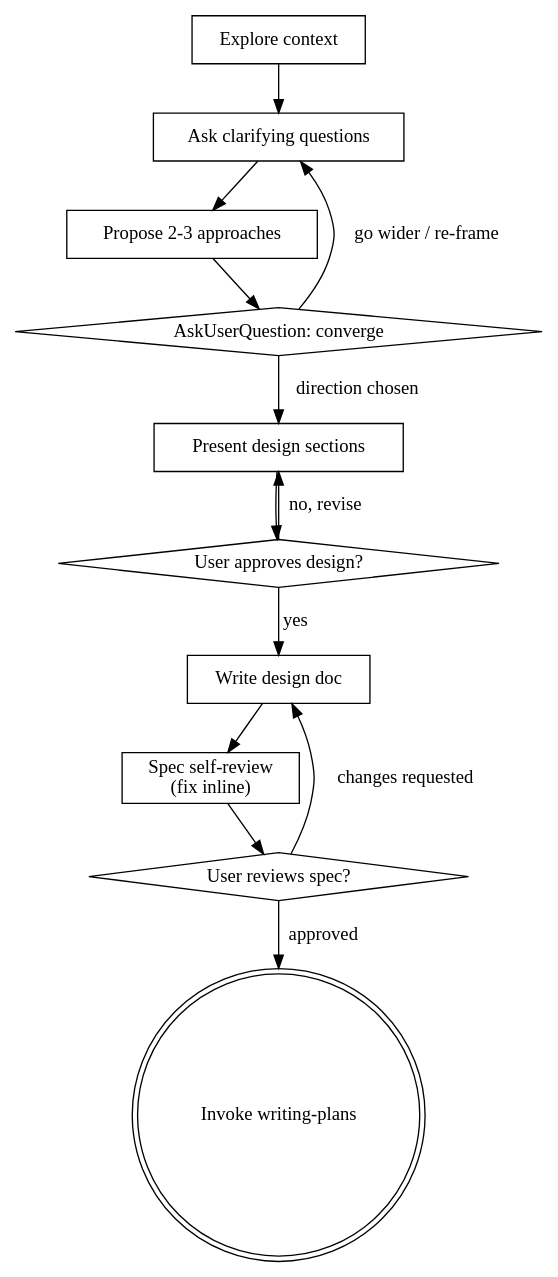
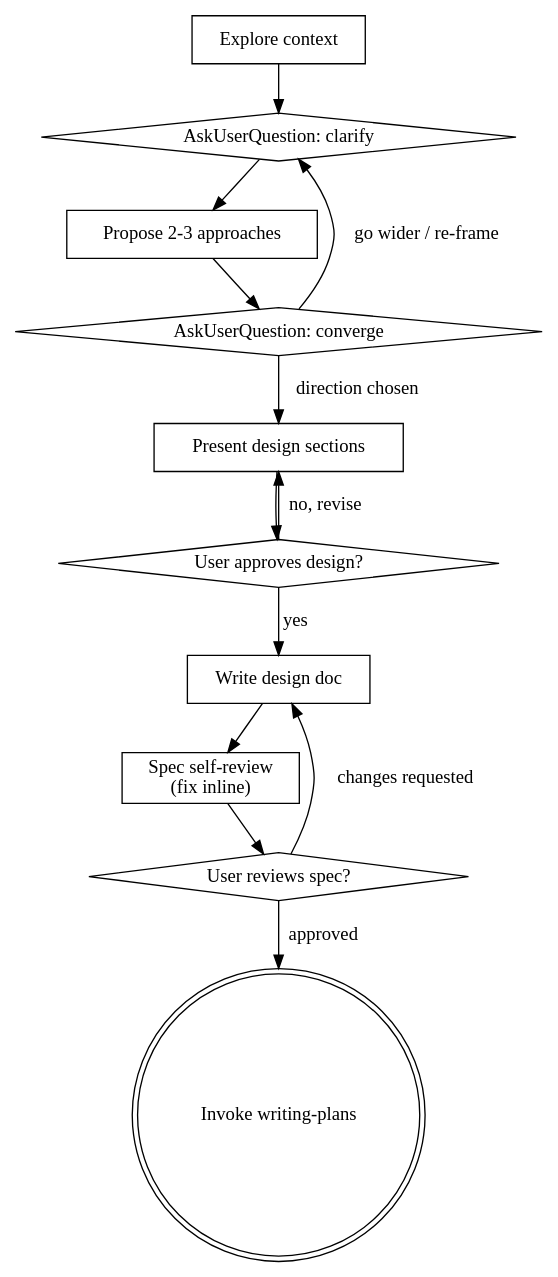
Before and after one commit to vikasvijigiri/capability-layer: the diagram in .claude/skills/brainstormer/SKILL.md, drawn with Graphviz. The commit also changed other lines of this file and 210 other files, not shown here.

````diff
--- a/.claude/skills/brainstormer/SKILL.md
+++ b/.claude/skills/brainstormer/SKILL.md
@@ -77,27 +99,27 @@
 ```dot
 digraph brainstorming {
     "Explore context" [shape=box];
-    "Ask clarifying questions" [shape=box];
+    "AskUserQuestion: clarify" [shape=diamond];
     "Propose 2-3 approaches" [shape=box];
     "AskUserQuestion: converge" [shape=diamond];
     "Present design sections" [shape=box];
     "User approves design?" [shape=diamond];
     "Write design doc" [shape=box];
     "Spec self-review\n(fix inline)" [shape=box];
     "User reviews spec?" [shape=diamond];
     "Invoke writing-plans" [shape=doublecircle];
 
-    "Explore context" -> "Ask clarifying questions";
-    "Ask clarifying questions" -> "Propose 2-3 approaches";
+    "Explore context" -> "AskUserQuestion: clarify";
+    "AskUserQuestion: clarify" -> "Propose 2-3 approaches";
     "Propose 2-3 approaches" -> "AskUserQuestion: converge";
-    "AskUserQuestion: converge" -> "Ask clarifying questions" [label="go wider / re-frame"];
+    "AskUserQuestion: converge" -> "AskUserQuestion: clarify" [label="go wider / re-frame"];
     "AskUserQuestion: converge" -> "Present design sections" [label="direction chosen"];
     "Present design sections" -> "User approves design?";
     "User approves design?" -> "Present design sections" [label="no, revise"];
     "User approves design?" -> "Write design doc" [label="yes"];
     "Write design doc" -> "Spec self-review\n(fix inline)";
     "Spec self-review\n(fix inline)" -> "User reviews spec?";
     "User reviews spec?" -> "Write design doc" [label="changes requested"];
     "User reviews spec?" -> "Invoke writing-plans" [label="approved"];
 }
 ```
````
